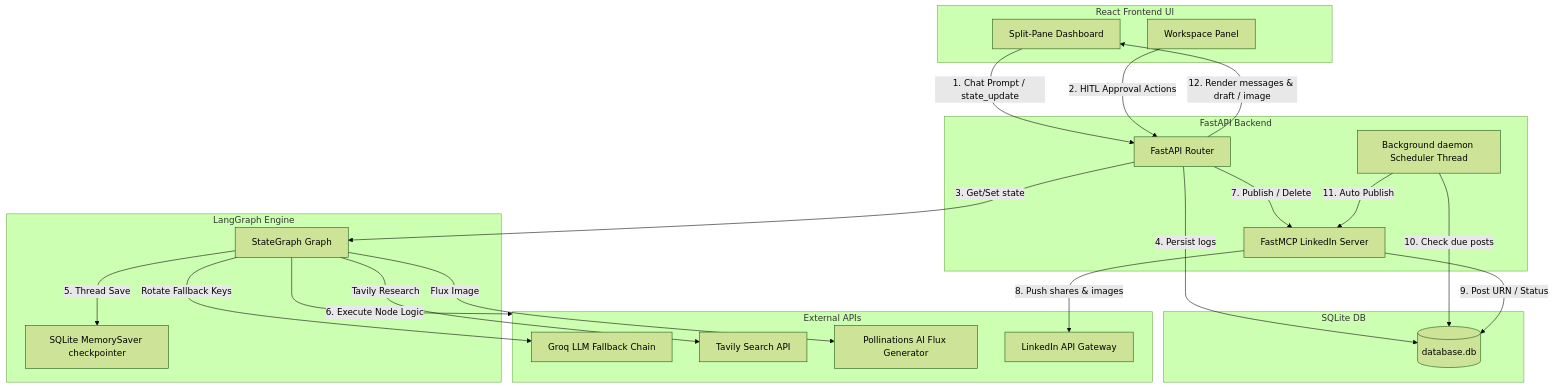
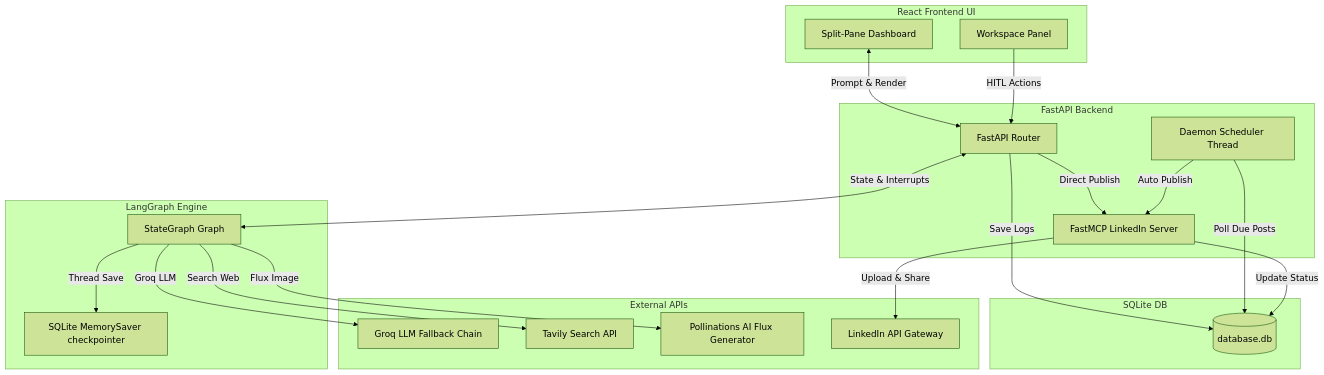
Before and after one commit to onkar-2006/linkedin-agent: the first of 2 diagrams in README.md, drawn with Mermaid (forest theme).

Commit message:
style: optimize System Architecture flowchart layout

````diff
--- a/README.md
+++ b/README.md
@@ -22,54 +22,47 @@
 ```mermaid
-graph TB
+graph TD
     subgraph Client ["React Frontend UI"]
         UI["Split-Pane Dashboard"]
         WS["Workspace Panel"]
     end
 
     subgraph Server ["FastAPI Backend"]
         API["FastAPI Router"]
-        Scheduler["Background daemon Scheduler Thread"]
+        Scheduler["Daemon Scheduler Thread"]
         MCP["FastMCP LinkedIn Server"]
     end
 
     subgraph Database ["SQLite DB"]
         SQL[("database.db")]
     end
 
     subgraph Agent ["LangGraph Engine"]
         LG["StateGraph Graph"]
         Saver["SQLite MemorySaver checkpointer"]
     end
 
     subgraph External ["External APIs"]
         Groq["Groq LLM Fallback Chain"]
         Tavily["Tavily Search API"]
         Pollinations["Pollinations AI Flux Generator"]
         LinkedIn["LinkedIn API Gateway"]
     end
 
-    %% Client Interactions
-    UI -->|1. Chat Prompt / state_update| API
-    WS -->|2. HITL Approval Actions| API
-    API -->|12. Render messages & draft / image| UI
+    %% Vertical Interactions & Short Labels
+    UI <-->|"Prompt & Render"| API
+    WS -->|"HITL Actions"| API
     
-    %% API Routing
-    API -->|3. Get/Set state| LG
-    API -->|4. Persist logs| SQL
-    Scheduler -->|10. Check due posts| SQL
+    API <-->|"State & Interrupts"| LG
+    API -->|"Save Logs"| SQL
+    API -->|"Direct Publish"| MCP
     
-    %% LangGraph Routing
-    LG -->|5. Thread Save| Saver
-    LG -->|6. Execute Node Logic| External
+    Scheduler -->|"Poll Due Posts"| SQL
+    Scheduler -->|"Auto Publish"| MCP
+    MCP -->|"Update Status"| SQL
+    MCP -->|"Upload & Share"| LinkedIn
     
-    %% Tool execution
-    LG -->|Tavily Research| Tavily
-    LG -->|Flux Image| Pollinations
-    LG -->|Rotate Fallback Keys| Groq
-    
-    %% LinkedIn Publishing
-    API -->|7. Publish / Delete| MCP
-    Scheduler -->|11. Auto Publish| MCP
-    MCP -->|9. Post URN / Status| SQL
-    MCP -->|8. Push shares & images| LinkedIn
+    LG -->|"Thread Save"| Saver
+    LG -->|"Search Web"| Tavily
+    LG -->|"Flux Image"| Pollinations
+    LG -->|"Groq LLM"| Groq
 ```
````
